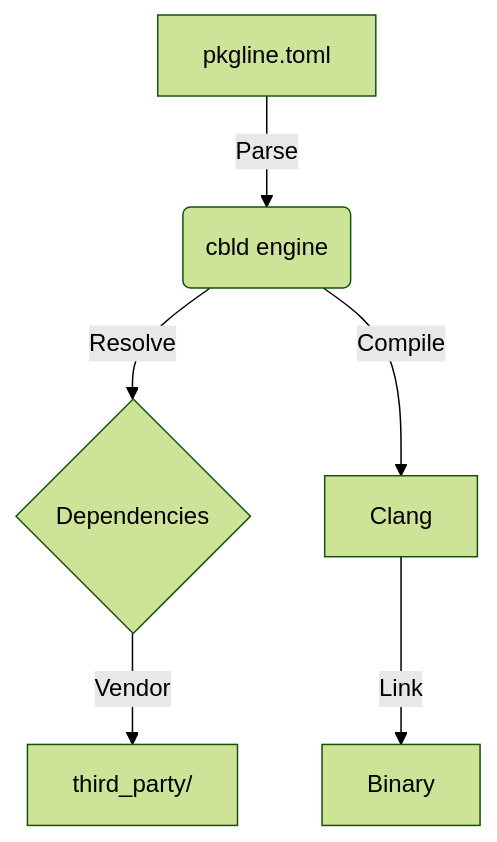
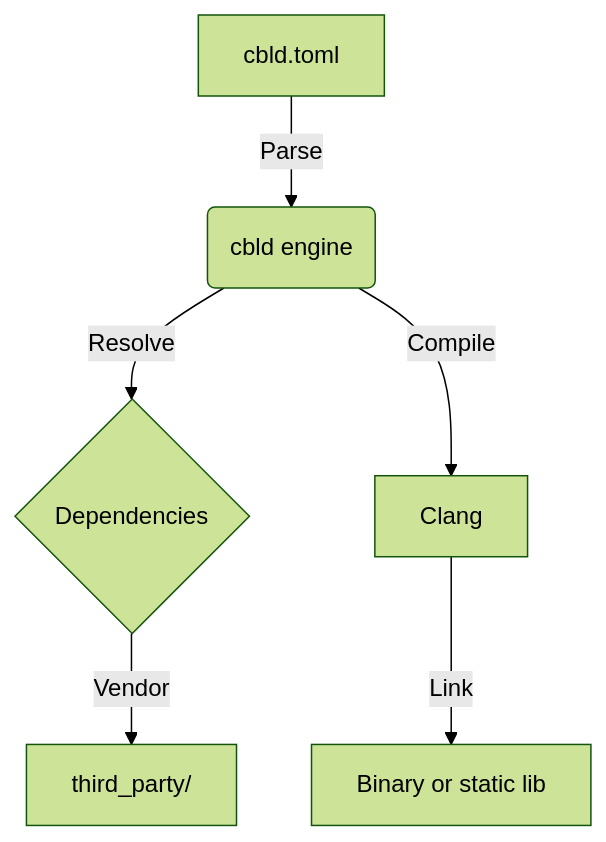
One commit to iamvxrn/cbld changed the diagram in website/docs/overview.md. Above: the diagram before and after it, drawn with Mermaid (forest theme). The commit also changed other lines of this file and 3 other files, not shown here.

First line of the commit message:
align docs site with cbld.toml and real CLI surface

````diff
--- a/website/docs/overview.md
+++ b/website/docs/overview.md
@@ -14,8 +14,8 @@
 ```mermaid
 graph TD
-    A[pkgline.toml] -->|Parse| B(cbld engine)
+    A[cbld.toml] -->|Parse| B(cbld engine)
     B -->|Resolve| C{Dependencies}
     C -->|Vendor| D[third_party/]
     B -->|Compile| E[Clang]
-    E -->|Link| F[Binary]
+    E -->|Link| F[Binary or static lib]
 ```
````
